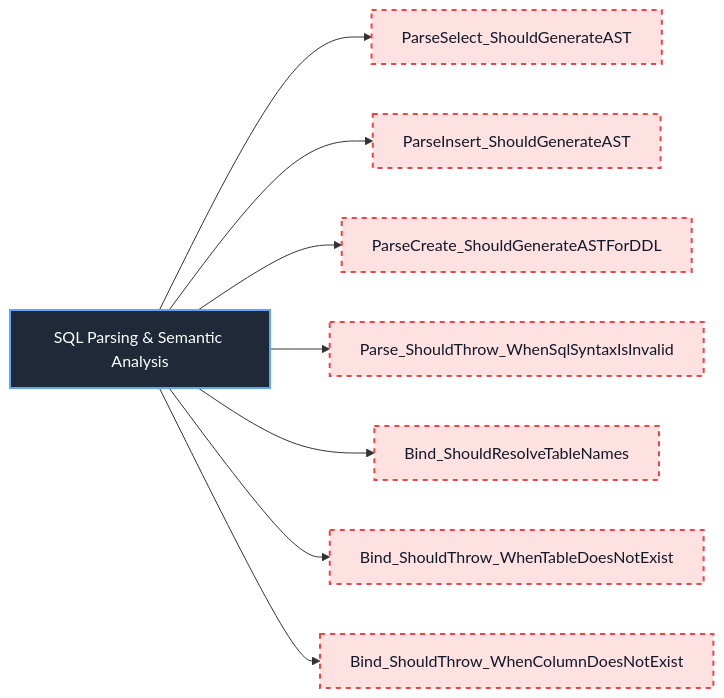
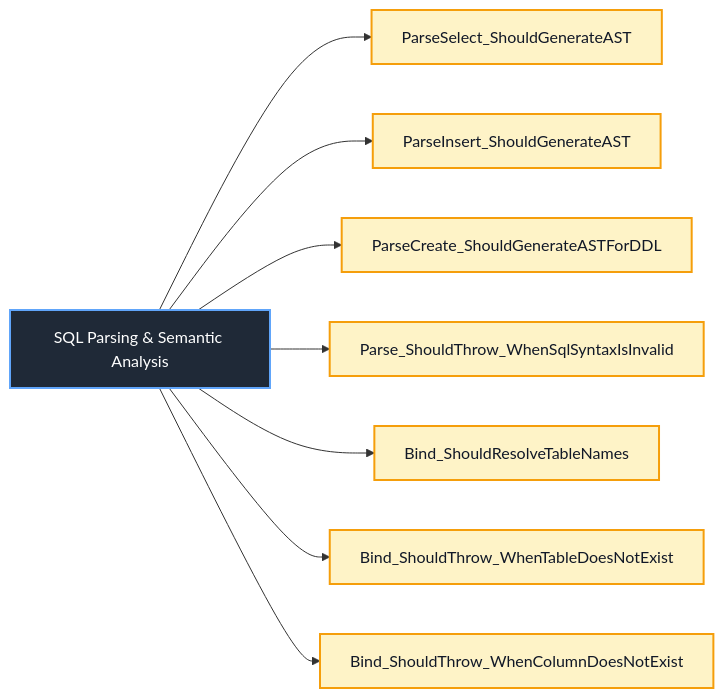
Before and after one commit to Hagiakhanh/bbv-dbms: diagram 38 of 53 in docs/sequence-diagrams/README.md, drawn with Mermaid. The commit also changed other lines of this file and 30 other files, not shown here.

````diff
--- a/docs/sequence-diagrams/README.md
+++ b/docs/sequence-diagrams/README.md
@@ -1507,19 +1508,19 @@
 ```mermaid
 flowchart LR
     ClassNode["SQL Parsing & Semantic Analysis"]
 
     ClassNode --> SQL_Parsing___Semantic_Analysis_1["ParseSelect_ShouldGenerateAST"]
     ClassNode --> SQL_Parsing___Semantic_Analysis_2["ParseInsert_ShouldGenerateAST"]
     ClassNode --> SQL_Parsing___Semantic_Analysis_3["ParseCreate_ShouldGenerateASTForDDL"]
     ClassNode --> SQL_Parsing___Semantic_Analysis_4["Parse_ShouldThrow_WhenSqlSyntaxIsInvalid"]
     ClassNode --> SQL_Parsing___Semantic_Analysis_5["Bind_ShouldResolveTableNames"]
     ClassNode --> SQL_Parsing___Semantic_Analysis_6["Bind_ShouldThrow_WhenTableDoesNotExist"]
     ClassNode --> SQL_Parsing___Semantic_Analysis_7["Bind_ShouldThrow_WhenColumnDoesNotExist"]
 
     classDef classNode fill:#1f2937,stroke:#60a5fa,color:#ffffff,stroke-width:2px
     classDef completedTest fill:#dcfce7,stroke:#22c55e,color:#111827,stroke-width:2px
-    classDef missingTest fill:#fee2e2,stroke:#ef4444,color:#111827,stroke-width:2px,stroke-dasharray:5 5
+    classDef redPhaseTest fill:#fef3c7,stroke:#f59e0b,color:#111827,stroke-width:2px
 
     class ClassNode classNode
-    class SQL_Parsing___Semantic_Analysis_1,SQL_Parsing___Semantic_Analysis_2,SQL_Parsing___Semantic_Analysis_3,SQL_Parsing___Semantic_Analysis_4,SQL_Parsing___Semantic_Analysis_5,SQL_Parsing___Semantic_Analysis_6,SQL_Parsing___Semantic_Analysis_7 missingTest
+    class SQL_Parsing___Semantic_Analysis_1,SQL_Parsing___Semantic_Analysis_2,SQL_Parsing___Semantic_Analysis_3,SQL_Parsing___Semantic_Analysis_4,SQL_Parsing___Semantic_Analysis_5,SQL_Parsing___Semantic_Analysis_6,SQL_Parsing___Semantic_Analysis_7 redPhaseTest
 ```
````
